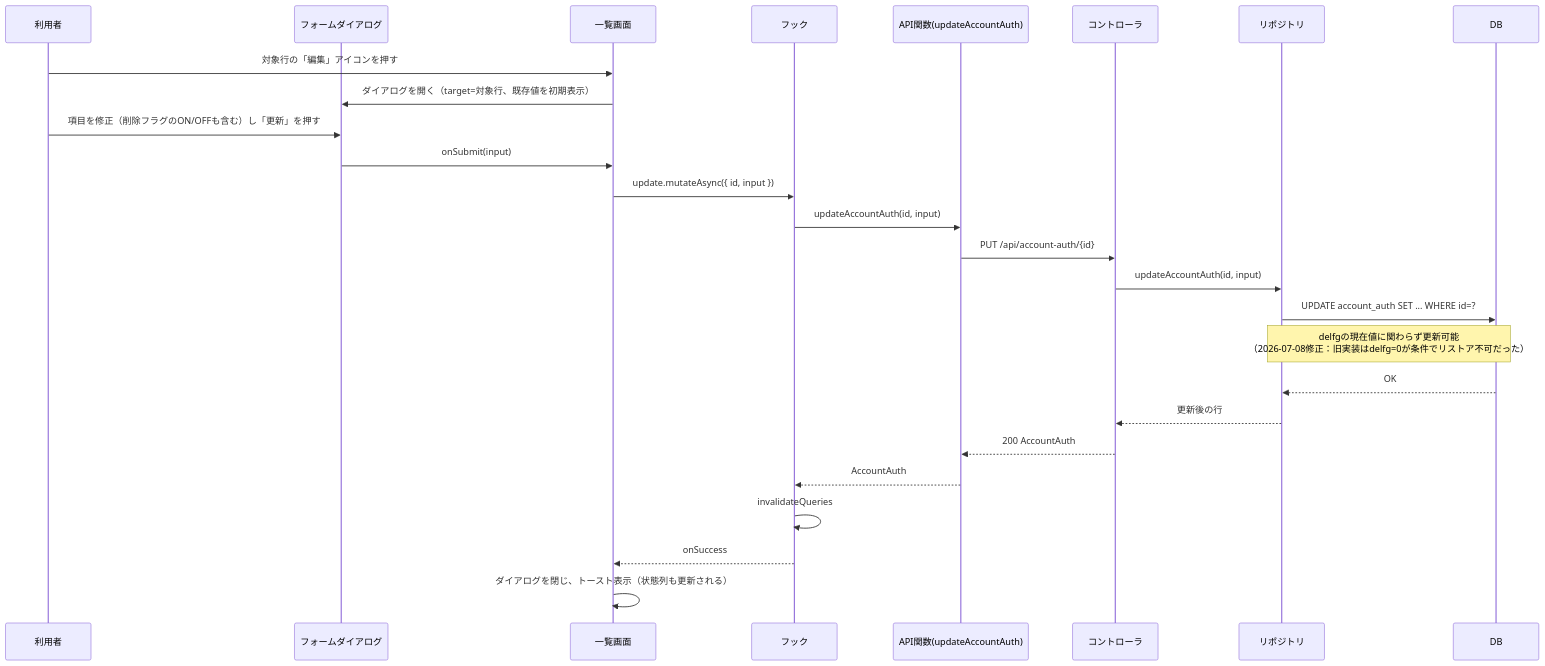
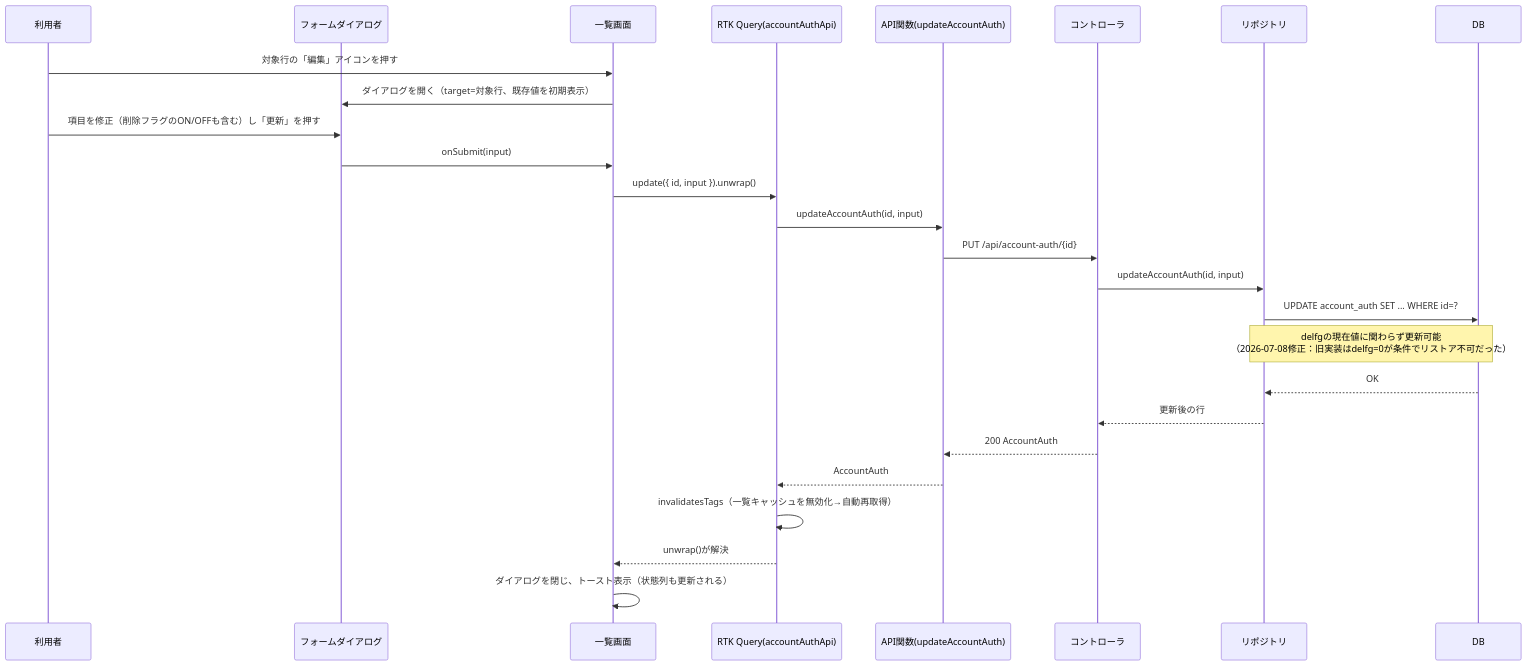
Before and after one commit to katsya1117/dmt: the second of 3 diagrams in docs/design/account-auth/12_シーケンス図.md, drawn with Mermaid. The commit also changed other lines of this file and 24 other files, not shown here.

````diff
--- a/docs/design/account-auth/12_シーケンス図.md
+++ b/docs/design/account-auth/12_シーケンス図.md
@@ -55,29 +56,29 @@
 ```mermaid
 sequenceDiagram
   participant U as 利用者
   participant D as フォームダイアログ
   participant P as 一覧画面
-  participant H as フック
+  participant Q as RTK Query(accountAuthApi)
   participant A as API関数(updateAccountAuth)
   participant C as コントローラ
   participant Repo as リポジトリ
   participant DB as DB
 
   U->>P: 対象行の「編集」アイコンを押す
   P->>D: ダイアログを開く（target=対象行、既存値を初期表示）
   U->>D: 項目を修正（削除フラグのON/OFFも含む）し「更新」を押す
   D->>P: onSubmit(input)
-  P->>H: update.mutateAsync({ id, input })
-  H->>A: updateAccountAuth(id, input)
+  P->>Q: update({ id, input }).unwrap()
+  Q->>A: updateAccountAuth(id, input)
   A->>C: PUT /api/account-auth/{id}
   C->>Repo: updateAccountAuth(id, input)
   Repo->>DB: UPDATE account_auth SET ... WHERE id=?
   Note over Repo,DB: delfgの現在値に関わらず更新可能<br/>（2026-07-08修正：旧実装はdelfg=0が条件でリストア不可だった）
   DB-->>Repo: OK
   Repo-->>C: 更新後の行
   C-->>A: 200 AccountAuth
-  A-->>H: AccountAuth
-  H->>H: invalidateQueries
-  H-->>P: onSuccess
+  A-->>Q: AccountAuth
+  Q->>Q: invalidatesTags（一覧キャッシュを無効化→自動再取得）
+  Q-->>P: unwrap()が解決
   P->>P: ダイアログを閉じ、トースト表示（状態列も更新される）
 ```
````
